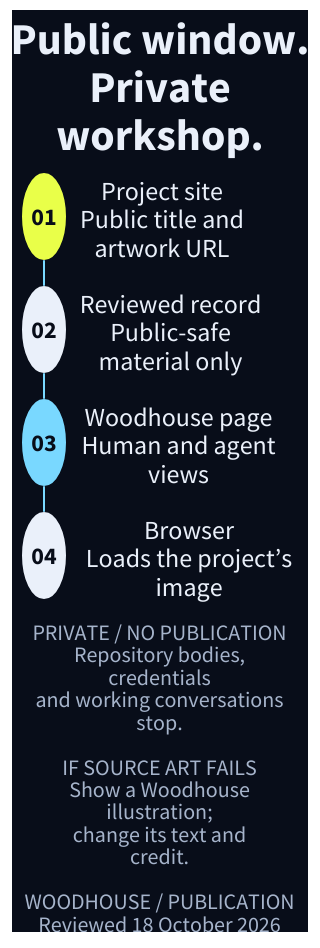
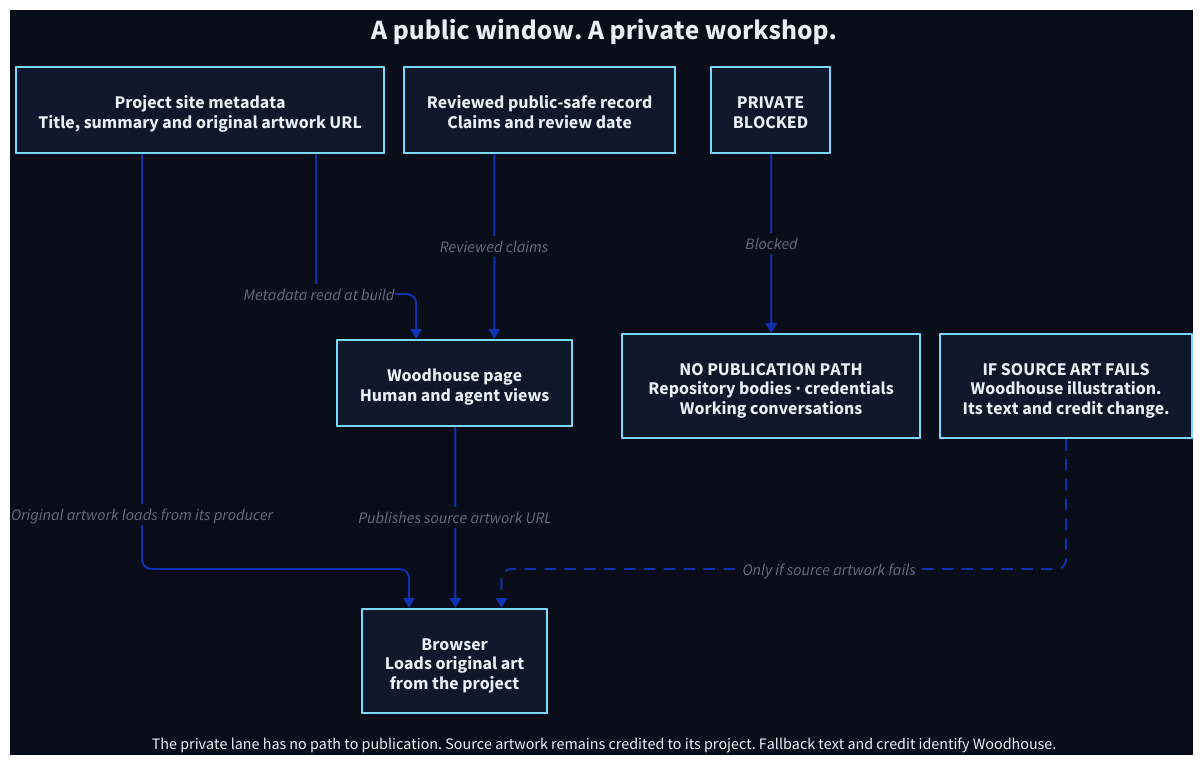
One commit to loftwah/woodhouse-new changed the diagram in diagrams/publication-path-mobile.d2. Above: the diagram before and after it, drawn with D2. The commit also changed 203 other files, not shown here.

Commit message:
Replace rejected exports with illustrated technical plates

```diff
--- a/diagrams/publication-path-mobile.d2
+++ b/diagrams/publication-path-mobile.d2
@@ -1,114 +1,25 @@
-# Woodhouse authored technical plate. Reviewed 18 October 2026.
-# Shape grammar: text = work; circle = responsibility; diamond = decision;
-# labelled stop = evidence boundary; dashed line = return or conditional path.
-# This is a method/relationship, not a claim that every project passed it.
+# Editable Woodhouse system model. Reviewed 18 October 2026.
+# Published illustration and this editable topology are separate artifacts.
+# Retained image master, exact prompts and paired provenance: scripts/assets/technical-plates/publication-path-mobile.*
 vars: {d2-config: {layout-engine: elk; theme-id: 0; pad: 16}}
+direction: down
 style.fill: "#080D19"
-direction: down
-grid-rows: 4
-grid-columns: 2
-horizontal-gap: 16
-vertical-gap: 28
-
-plate_title: "Public window.\nPrivate\nworkshop." {
-  shape: text
-  style.font-color: "#EAF0FA"
-  style.font-size: 44
-  style.fill: "transparent"
-  style.stroke: "#EAF0FA"
-  style.stroke-width: 0
-  style.bold: true
-}
-plate_title.near: top-center
-r0: "01" {
-  label.near: center-center
-  shape: circle
-  style.font-color: "#080D19"
-  style.font-size: 24
-  style.fill: "#E9FF49"
-  style.stroke: "#E9FF49"
-  style.stroke-width: 2
-  width: 42
-  height: 42
-  style.bold: true
-}
-t0: "Project site\nPublic title and\nartwork URL" {
-  shape: text
-  style.font-color: "#EAF0FA"
-  style.font-size: 26
-  style.fill: "transparent"
-  style.stroke: "#EAF0FA"
-  style.stroke-width: 0
-}
-r1: "02" {
-  label.near: center-center
-  shape: circle
-  style.font-color: "#080D19"
-  style.font-size: 24
-  style.fill: "#EAF0FA"
-  style.stroke: "#EAF0FA"
-  style.stroke-width: 2
-  width: 42
-  height: 42
-  style.bold: true
-}
-t1: "Reviewed record\nPublic-safe\nmaterial only" {
-  shape: text
-  style.font-color: "#EAF0FA"
-  style.font-size: 26
-  style.fill: "transparent"
-  style.stroke: "#EAF0FA"
-  style.stroke-width: 0
-}
-r2: "03" {
-  label.near: center-center
-  shape: circle
-  style.font-color: "#080D19"
-  style.font-size: 24
-  style.fill: "#79D8FF"
-  style.stroke: "#79D8FF"
-  style.stroke-width: 2
-  width: 42
-  height: 42
-  style.bold: true
-}
-t2: "Woodhouse page\nHuman and agent\nviews" {
-  shape: text
-  style.font-color: "#EAF0FA"
-  style.font-size: 26
-  style.fill: "transparent"
-  style.stroke: "#EAF0FA"
-  style.stroke-width: 0
-}
-r3: "04" {
-  label.near: center-center
-  shape: circle
-  style.font-color: "#080D19"
-  style.font-size: 24
-  style.fill: "#EAF0FA"
-  style.stroke: "#EAF0FA"
-  style.stroke-width: 2
-  width: 42
-  height: 42
-  style.bold: true
-}
-t3: "Browser\nLoads the project’s\nimage" {
-  shape: text
-  style.font-color: "#EAF0FA"
-  style.font-size: 26
-  style.fill: "transparent"
-  style.stroke: "#EAF0FA"
-  style.stroke-width: 0
-}
-r0 -> r1: "" {style.stroke: "#79D8FF"; style.stroke-width: 2; style.font-color: "#79D8FF"; style.font-size: 22; target-arrowhead.shape: none;}
-r1 -> r2: "" {style.stroke: "#79D8FF"; style.stroke-width: 2; style.font-color: "#79D8FF"; style.font-size: 22; target-arrowhead.shape: none;}
-r2 -> r3: "" {style.stroke: "#79D8FF"; style.stroke-width: 2; style.font-color: "#79D8FF"; style.font-size: 22; target-arrowhead.shape: none;}
-plate_note: "PRIVATE / NO PUBLICATION\nRepository bodies,\ncredentials\nand working conversations\nstop.\n\nIF SOURCE ART FAILS\nShow a Woodhouse\nillustration;\nchange its text and\ncredit.\n\nWOODHOUSE / PUBLICATION\nReviewed 18 October 2026" {
-  shape: text
-  style.font-color: "#A6B4CB"
-  style.font-size: 22
-  style.fill: "transparent"
-  style.stroke: "#A6B4CB"
-  style.stroke-width: 0
-}
-plate_note.near: bottom-center
+*.style.fill: "#0F182A"
+*.style.stroke: "#79D8FF"
+*.style.font-color: "#EAF0FA"
+*.style.font-size: 18
+title: "A public window. A private workshop." {shape: text; near: top-center; style.font-size: 28; style.bold: true}
+site: "Project site metadata\nTitle, summary and original artwork URL" {}
+record: "Reviewed public-safe record\nClaims and review date" {}
+page: "Woodhouse page\nHuman and agent views" {}
+browser: "Browser\nLoads original art\nfrom the project" {}
+private: "PRIVATE\nBLOCKED" {}
+denied: "NO PUBLICATION PATH\nRepository bodies · credentials\nWorking conversations" {}
+fallback: "IF SOURCE ART FAILS\nWoodhouse illustration.\nIts text and credit change." {}
+site -> page: "Metadata read at build"
+record -> page: "Reviewed claims"
+page -> browser: "Publishes source artwork URL"
+site -> browser: "Original artwork loads from its producer"
+private -> denied: "Blocked"
+fallback -> browser: "Only if source artwork fails" {style.stroke-dash: 5}
+note: "The private lane has no path to publication. Source artwork remains credited to its project. Fallback text and credit identify Woodhouse." {shape: text; near: bottom-center; style.font-size: 16}
```
